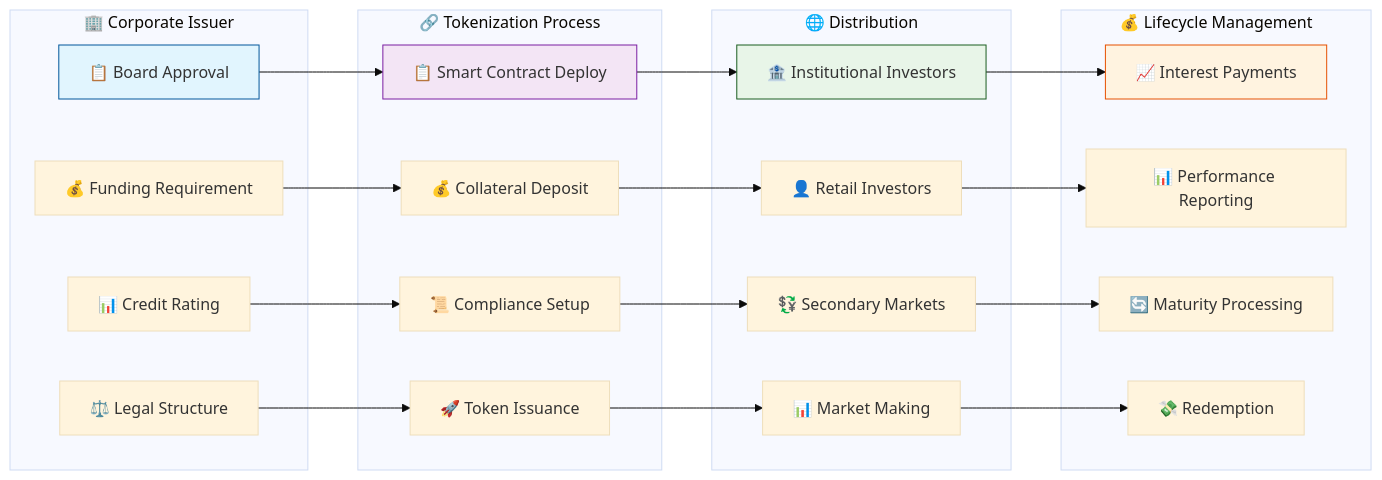
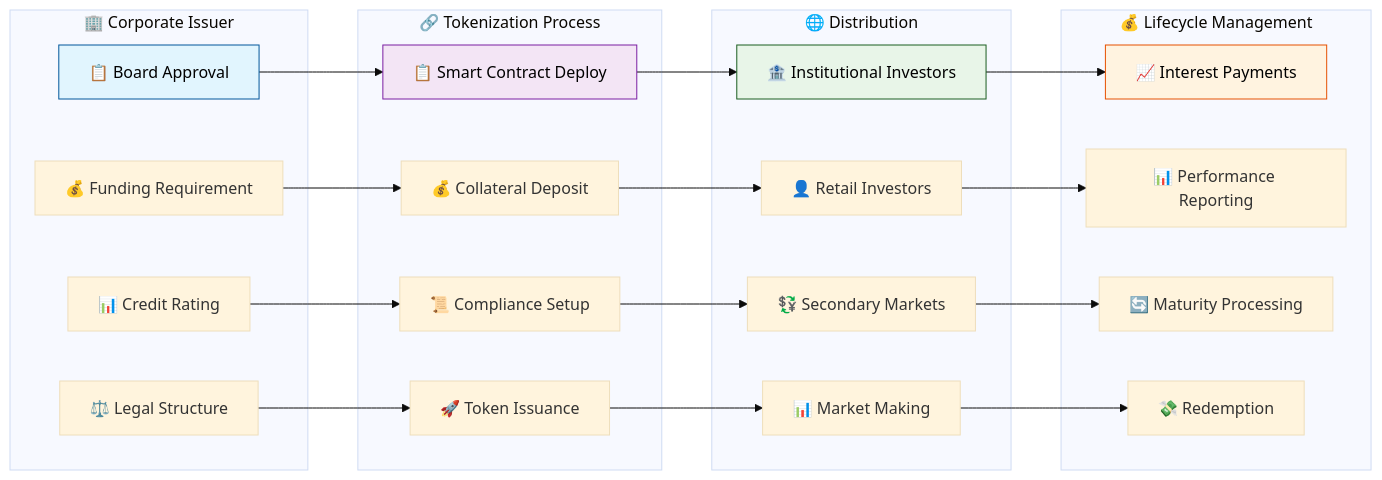
One commit to settlemint/asset-tokenization-kit changed the first of 19 diagrams in designdocs/16-real-world-applications.md. Above: the diagram before and after it, drawn with Mermaid (base theme). The commit also changed other lines of this file and 18 other files, not shown here.

````diff
--- a/designdocs/16-real-world-applications.md
+++ b/designdocs/16-real-world-applications.md
@@ -11,48 +11,48 @@
 ```mermaid
 graph LR
     subgraph "🏢 Corporate Issuer"
         A[📋 Board Approval]
         B[💰 Funding Requirement]
         C[📊 Credit Rating]
         D[⚖️ Legal Structure]
     end
     
     subgraph "🔗 Tokenization Process"
         E[📋 Smart Contract Deploy]
         F[💰 Collateral Deposit]
         G[📜 Compliance Setup]
         H[🚀 Token Issuance]
     end
     
     subgraph "🌐 Distribution"
         I[🏦 Institutional Investors]
         J[👤 Retail Investors]
         K[💱 Secondary Markets]
         L[📊 Market Making]
     end
     
     subgraph "💰 Lifecycle Management"
         M[📈 Interest Payments]
         N[📊 Performance Reporting]
         O[🔄 Maturity Processing]
         P[💸 Redemption]
     end
     
     A --> E
     B --> F
     C --> G
     D --> H
     E --> I
     F --> J
     G --> K
     H --> L
     I --> M
     J --> N
     K --> O
     L --> P
     
-    style A fill:#e1f5fe,stroke:#01579b
-    style E fill:#f3e5f5,stroke:#7b1fa2
-    style I fill:#e8f5e8,stroke:#1b5e20
-    style M fill:#fff3e0,stroke:#e65100
+    style A fill:#e1f5fe,stroke:#01579b,color:#000000
+    style E fill:#f3e5f5,stroke:#7b1fa2,color:#000000
+    style I fill:#e8f5e8,stroke:#1b5e20,color:#000000
+    style M fill:#fff3e0,stroke:#e65100,color:#000000
 ```
````
